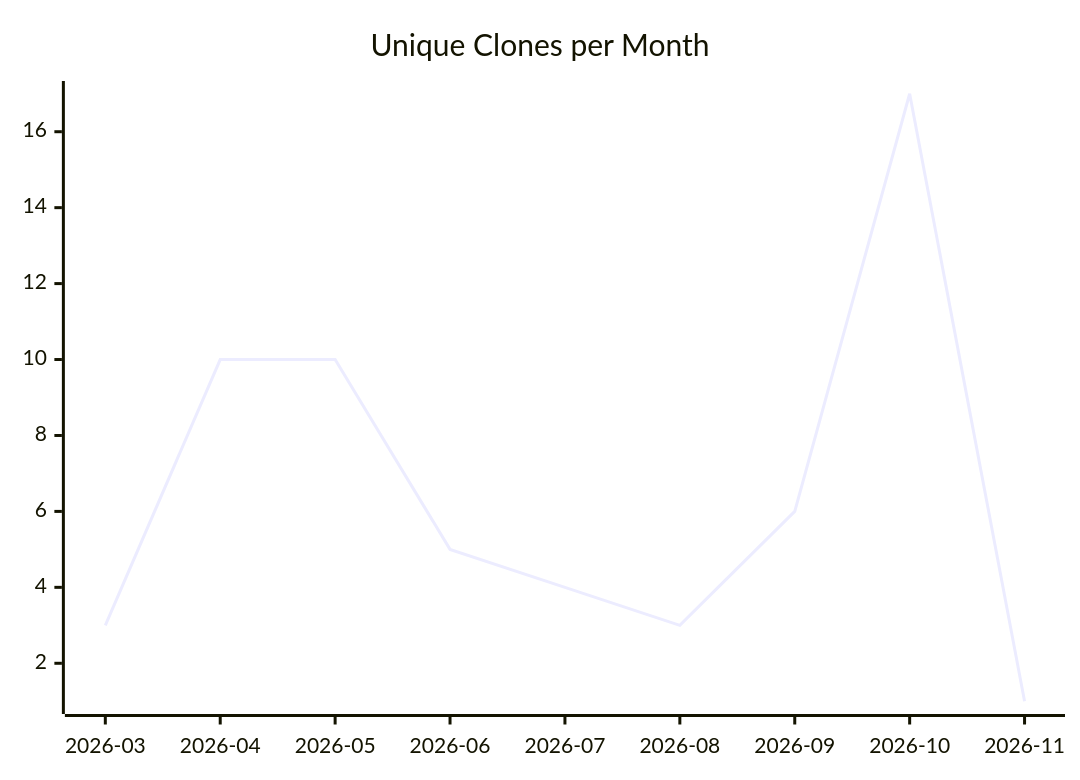
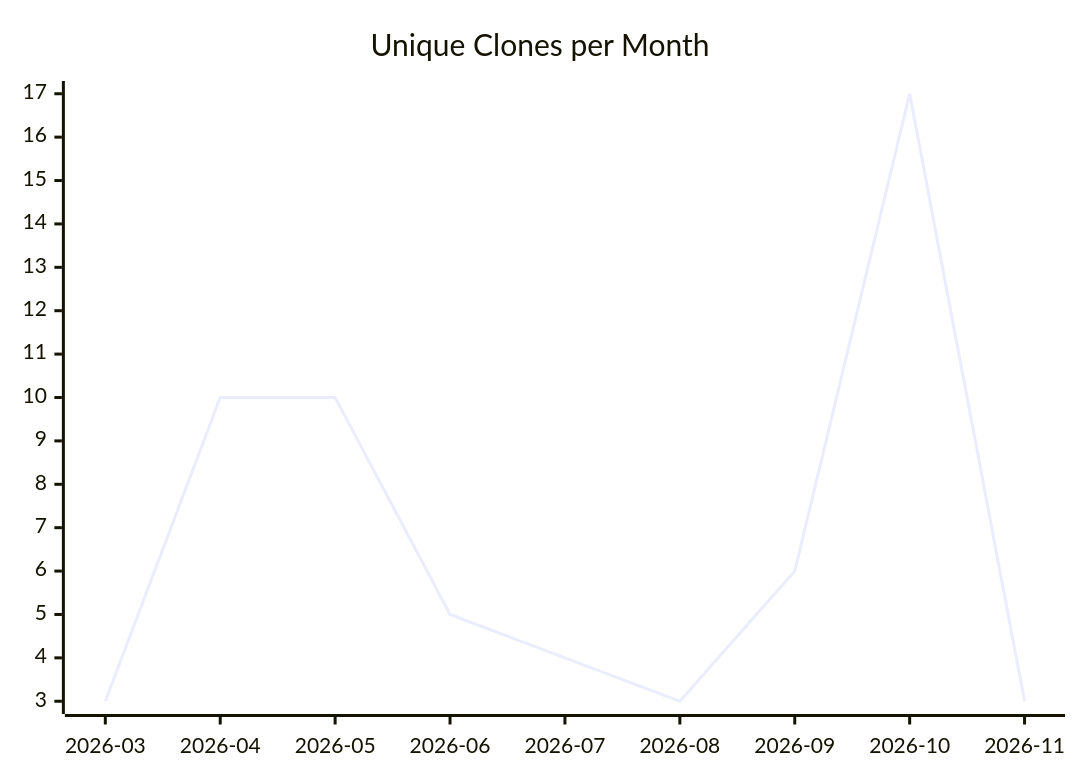
Before and after one commit to justdavis-family/github-analytics-data: the third of 3 diagrams in karlmdavis/can-i-kayak-baltimore/README.md, drawn with Mermaid. The commit also changed other lines of this file and 193 other files, not shown here.

````diff
--- a/karlmdavis/can-i-kayak-baltimore/README.md
+++ b/karlmdavis/can-i-kayak-baltimore/README.md
@@ -19,6 +19,6 @@
 ```mermaid
 xychart-beta
   title "Unique Clones per Month"
   x-axis ["2026-03", "2026-04", "2026-05", "2026-06", "2026-07", "2026-08", "2026-09", "2026-10", "2026-11"]
-  line [3, 10, 10, 5, 4, 3, 6, 17, 1]
+  line [3, 10, 10, 5, 4, 3, 6, 17, 3]
 ```
````
